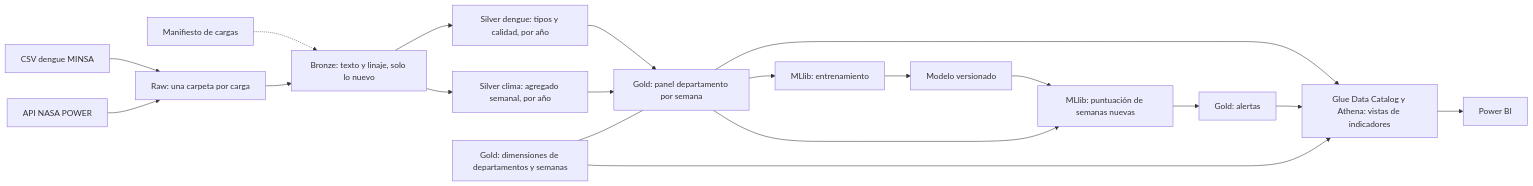
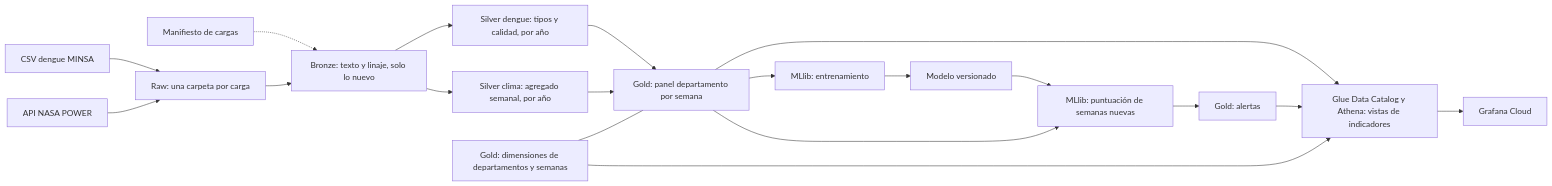
One commit to JhonTMich/minsadengue-bigdata changed the diagram in README.md. Above: the diagram before and after it, drawn with Mermaid. The commit also changed other lines of this file and 2 other files, not shown here.

Commit message:
docs: cambiar las menciones de Power BI por Grafana

````diff
--- a/README.md
+++ b/README.md
@@ -41,21 +41,21 @@
 ```mermaid
 flowchart LR
     A[CSV dengue MINSA] --> R[Raw: una carpeta por carga]
     B[API NASA POWER] --> R
     MF[Manifiesto de cargas] -.-> BR
     R --> BR[Bronze: texto y linaje, solo lo nuevo]
     BR --> SD[Silver dengue: tipos y calidad, por año]
     BR --> SC[Silver clima: agregado semanal, por año]
     SD --> G[Gold: panel departamento por semana]
     SC --> G
     DIM[Gold: dimensiones de departamentos y semanas] --- G
     G --> TR[MLlib: entrenamiento]
     TR --> MV[Modelo versionado]
     MV --> SCO[MLlib: puntuación de semanas nuevas]
     G --> SCO
     SCO --> AL[Gold: alertas]
     G --> Q[Glue Data Catalog y Athena: vistas de indicadores]
     AL --> Q
     DIM --> Q
-    Q --> T[Power BI]
+    Q --> T[Grafana Cloud]
 ```
````
